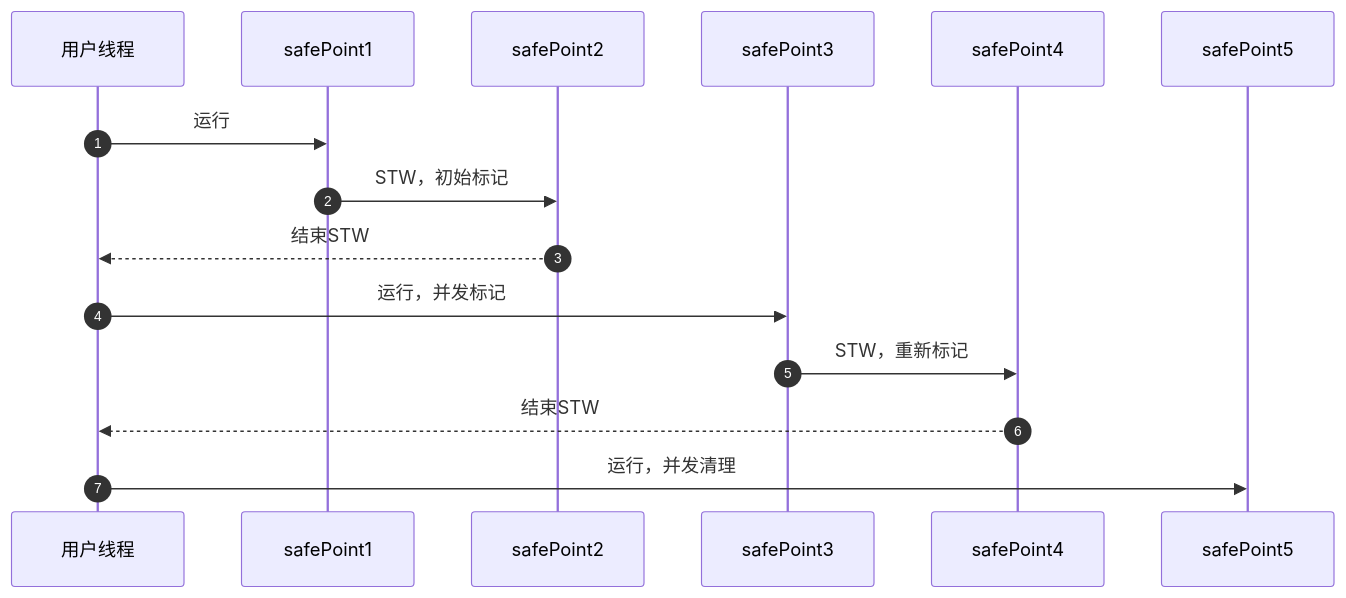
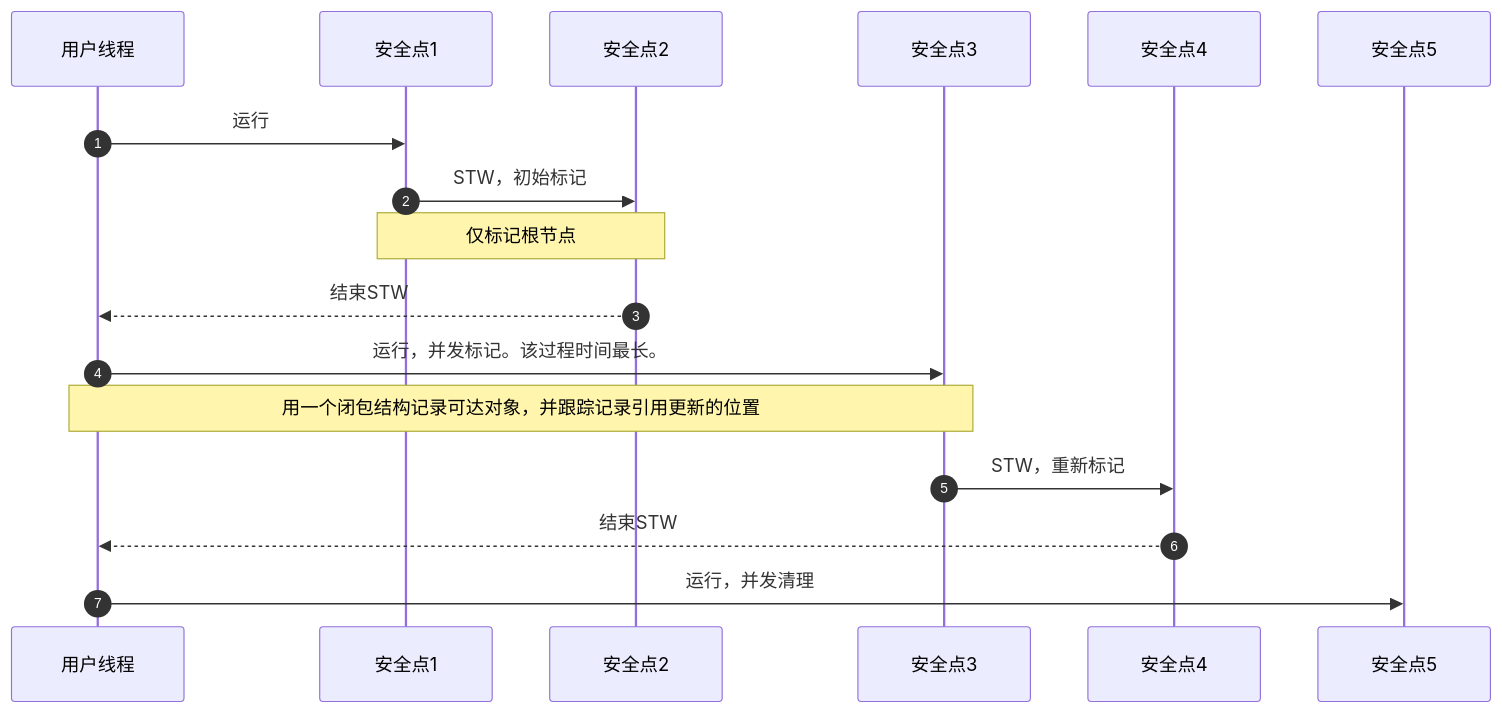
The fourth of 7 diagrams in JVM--Java虚拟机简单介绍.md (mudongjing/JVM-basic-knowledge), drawn with Mermaid before and after one commit. The commit also changed other lines of this file, not shown here.

````diff
--- a/JVM--Java虚拟机简单介绍.md
+++ b/JVM--Java虚拟机简单介绍.md
@@ -331,11 +395,13 @@
   ```mermaid
   sequenceDiagram
   	autonumber
-      用户线程->>safePoint1:运行
-      safePoint1->>safePoint2:STW，初始标记
-      safePoint2-->>用户线程:结束STW
-      用户线程->>safePoint3:运行，并发标记
-      safePoint3->>safePoint4:STW，重新标记
-      safePoint4-->>用户线程:结束STW
-      用户线程->>safePoint5:运行，并发清理
+      用户线程->>安全点1:运行
+      安全点1->>安全点2:STW，初始标记
+      note over 安全点1,安全点2:仅标记根节点
+      安全点2-->>用户线程:结束STW
+      用户线程->>安全点3:运行，并发标记。该过程时间最长。
+      note over用户线程, 安全点3:用一个闭包结构记录可达对象，并跟踪记录引用更新的位置
+      安全点3->>安全点4:STW，重新标记
+      安全点4-->>用户线程:结束STW
+      用户线程->>安全点5:运行，并发清理
   ```
````
